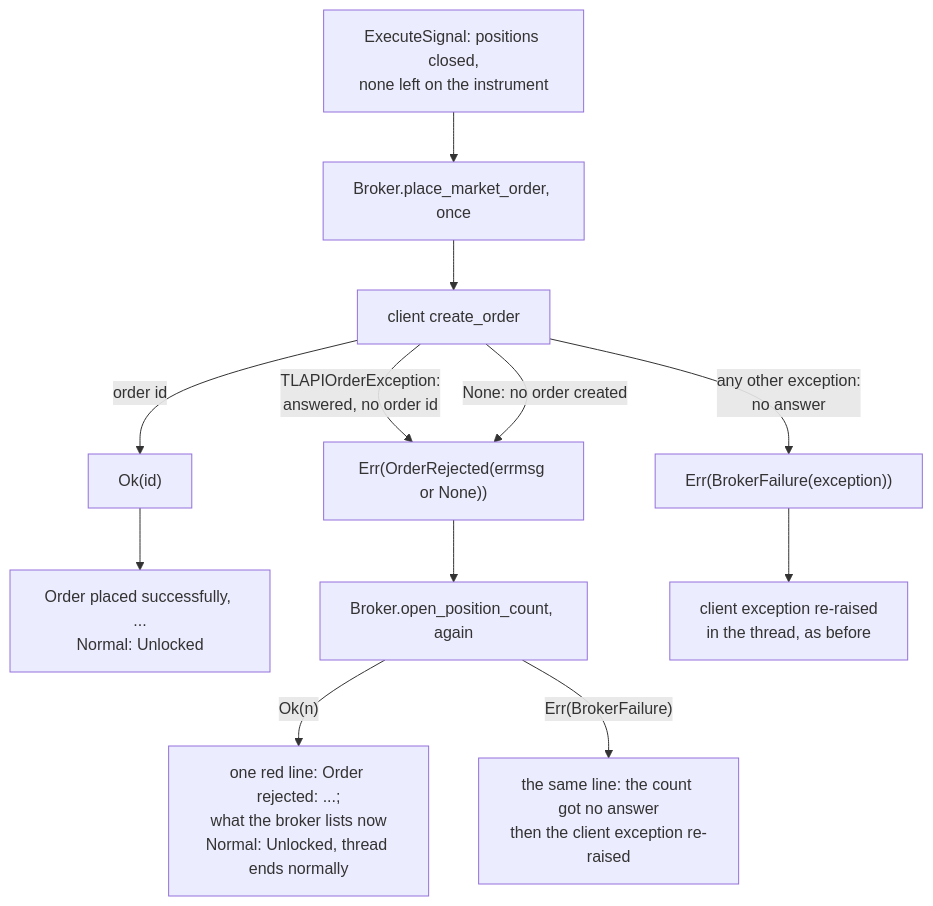
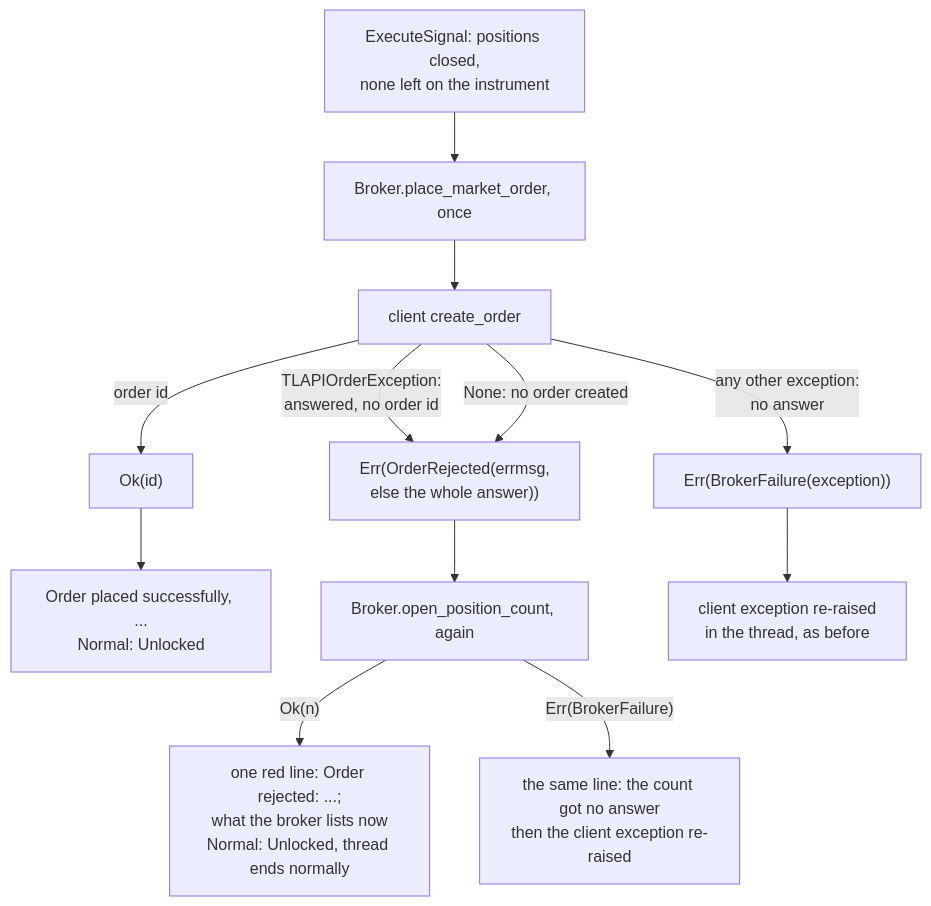
One commit to Akinzou/TradeLockerBot changed the diagram in docs/adr/0021-report-a-rejected-order-and-place-it-once.md. Above: the diagram before and after it, drawn with Mermaid. The commit also changed other lines of this file and 6 other files, not shown here.

First line of the commit message:
fix: keep the broker's whole answer when a rejection has no errmsg

````diff
--- a/docs/adr/0021-report-a-rejected-order-and-place-it-once.md
+++ b/docs/adr/0021-report-a-rejected-order-and-place-it-once.md
@@ -52,14 +52,14 @@
 ```mermaid
 flowchart TD
     UC["ExecuteSignal: positions closed,<br/>none left on the instrument"] --> P["Broker.place_market_order, once"]
     P --> CL["client create_order"]
     CL -- "order id" --> OK["Ok(id)"]
-    CL -- "TLAPIOrderException:<br/>answered, no order id" --> RJ["Err(OrderRejected(errmsg or None))"]
+    CL -- "TLAPIOrderException:<br/>answered, no order id" --> RJ["Err(OrderRejected(errmsg,<br/>else the whole answer))"]
     CL -- "None: no order created" --> RJ
     CL -- "any other exception:<br/>no answer" --> BF["Err(BrokerFailure(exception))"]
     OK --> PLACED["Order placed successfully, ...<br/>Normal: Unlocked"]
     RJ --> COUNT["Broker.open_position_count, again"]
     COUNT -- "Ok(n)" --> LINE["one red line: Order rejected: ...;<br/>what the broker lists now<br/>Normal: Unlocked, thread ends normally"]
     COUNT -- "Err(BrokerFailure)" --> UNKNOWN["the same line: the count got no answer<br/>then the client exception re-raised"]
     BF --> RAISE["client exception re-raised<br/>in the thread, as before"]
 ```
````
